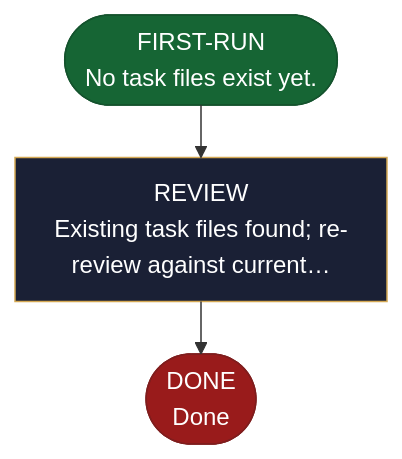
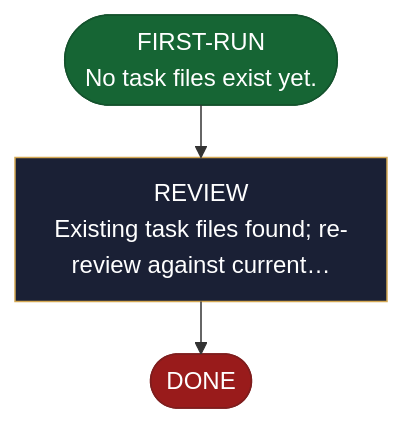
The diagram in site/src/content/docs/skills/aid-detail.md (AndreVianna/aid-methodology), drawn with Mermaid before and after one commit. The commit also changed 13 other files, not shown here.

````diff
--- a/site/src/content/docs/skills/aid-detail.md
+++ b/site/src/content/docs/skills/aid-detail.md
@@ -20,29 +20,29 @@
 ```mermaid
 ---
 config:
   layout: elk
   flowchart:
     nodeSpacing: 55
     rankSpacing: 65
     padding: 12
     useMaxWidth: true
 ---
 flowchart TB
   classDef aidNode color:#fff
   classDef aidEntry fill:#166534,stroke:#14532d,color:#fff
   classDef aidExit fill:#991b1b,stroke:#7f1d1d,color:#fff
   classDef aidDecision fill:#92400e,stroke:#78350f,color:#fff
   classDef aidLoopBack fill:#1e3a8a,stroke:#1e3a8a,color:#fff
   classDef aidStep fill:#1a2035,stroke:#d4a853,color:#f1f5f9
   n1(["FIRST-RUN<br/>No task files exist yet."])
   n2["REVIEW<br/>Existing task files found; re-review against current…"]
-  n3(["DONE<br/>Done"])
+  n3(["DONE"])
   n1 --> n2
   n2 --> n3
   class n1 aidEntry
   class n2 aidStep
   class n3 aidExit
   class n1 aidNode
   class n2 aidNode
   class n3 aidNode
 ```
````
